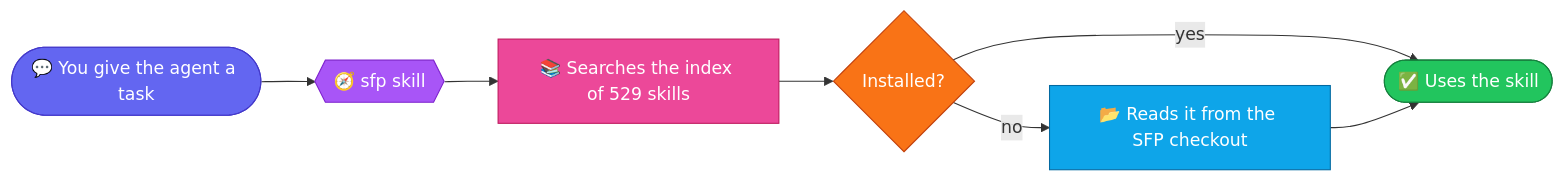
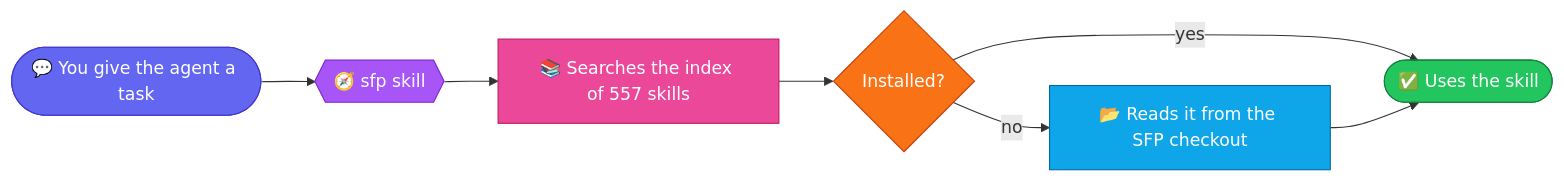
The diagram in README.md (siddu1004/SFP), drawn with Mermaid before and after one commit. The commit also changed other lines of this file and 614 other files, not shown here.

````diff
--- a/README.md
+++ b/README.md
@@ -37,15 +37,15 @@
 ```mermaid
 flowchart LR
     A([💬 You give the agent a task]) --> B{{🧭 sfp skill}}
-    B --> C[📚 Searches the index of 529 skills]
+    B --> C[📚 Searches the index of 557 skills]
     C --> D{Installed?}
     D -- yes --> E([✅ Uses the skill])
     D -- no --> F[📂 Reads it from the SFP checkout]
     F --> E
     style A fill:#6366f1,stroke:#4338ca,color:#fff
     style B fill:#a855f7,stroke:#7e22ce,color:#fff
     style C fill:#ec4899,stroke:#be185d,color:#fff
     style D fill:#f97316,stroke:#c2410c,color:#fff
     style E fill:#22c55e,stroke:#15803d,color:#fff
     style F fill:#0ea5e9,stroke:#0369a1,color:#fff
 ```
````
